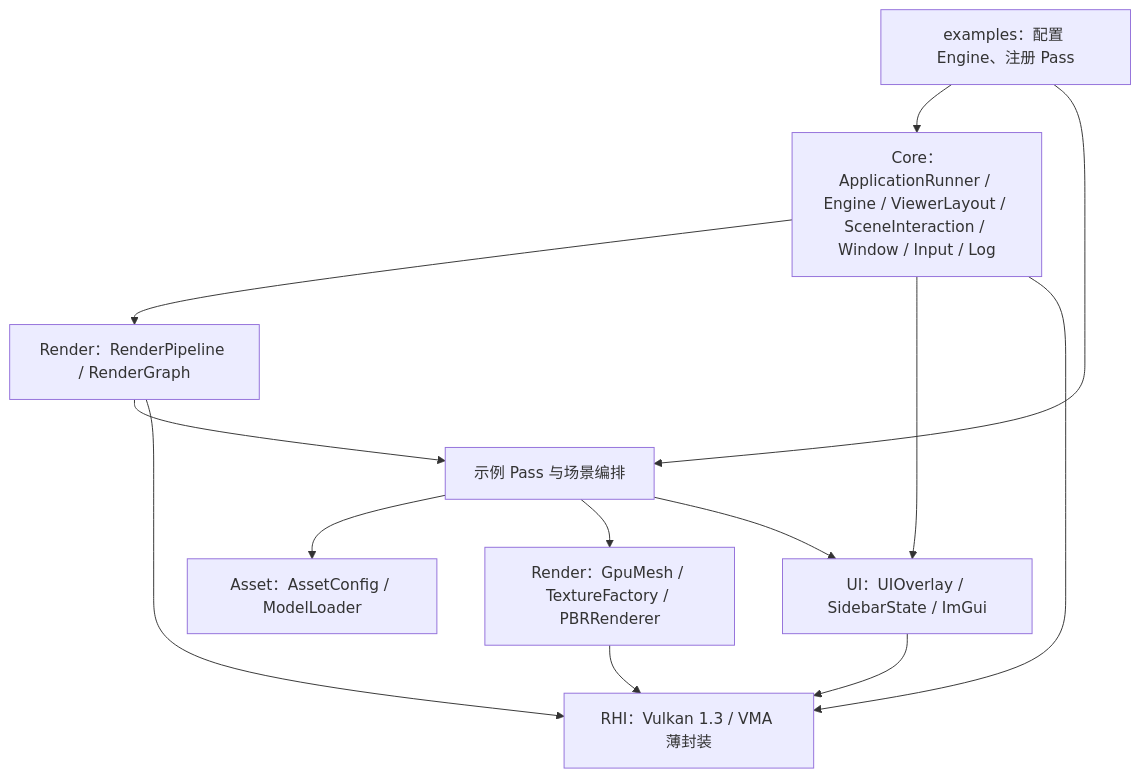
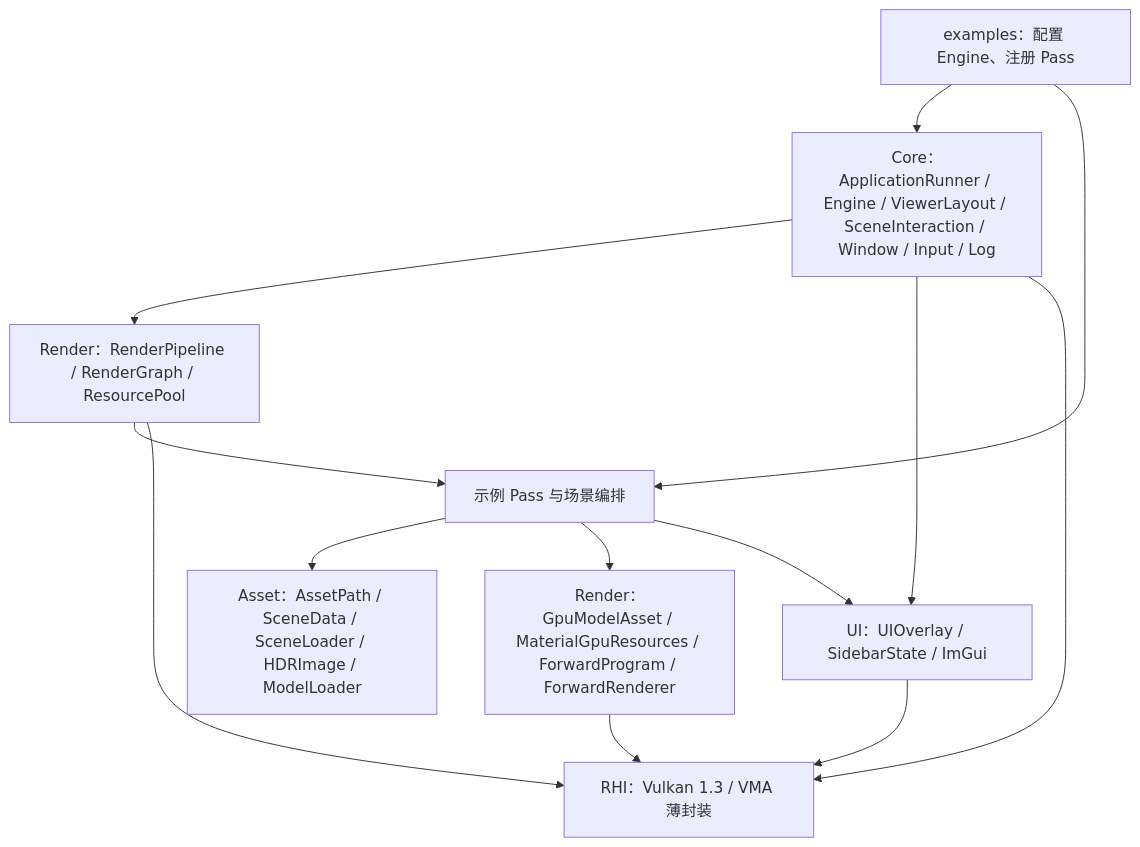
The diagram in docs/design/00-overview.md (Cyberyb/KuEngine), drawn with Mermaid before and after one commit. The commit also changed other lines of this file and 143 other files, not shown here.

````diff
--- a/docs/design/00-overview.md
+++ b/docs/design/00-overview.md
@@ -7,23 +7,23 @@
 ```mermaid
 flowchart TB
     App["examples：配置 Engine、注册 Pass"]
     Core["Core：ApplicationRunner / Engine / ViewerLayout / SceneInteraction / Window / Input / Log"]
-    Schedule["Render：RenderPipeline / RenderGraph"]
+    Schedule["Render：RenderPipeline / RenderGraph / ResourcePool"]
     Pass["示例 Pass 与场景编排"]
-    Asset["Asset：AssetConfig / ModelLoader"]
-    Render["Render：GpuMesh / TextureFactory / PBRRenderer"]
+    Asset["Asset：AssetPath / SceneData / SceneLoader / HDRImage / ModelLoader"]
+    Render["Render：GpuModelAsset / MaterialGpuResources / ForwardProgram / ForwardRenderer"]
     UI["UI：UIOverlay / SidebarState / ImGui"]
     RHI["RHI：Vulkan 1.3 / VMA 薄封装"]
     App --> Core
     App --> Pass
     Core --> Schedule
     Core --> UI
     Core --> RHI
     Schedule --> Pass
     Schedule --> RHI
     Pass --> Asset
     Pass --> Render
     Pass --> UI
     Render --> RHI
     UI --> RHI
 ```
````
